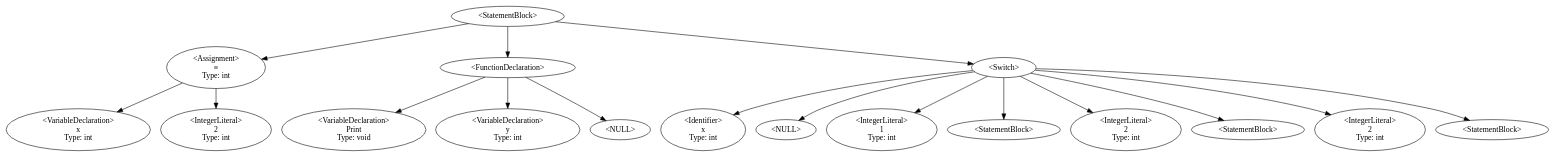
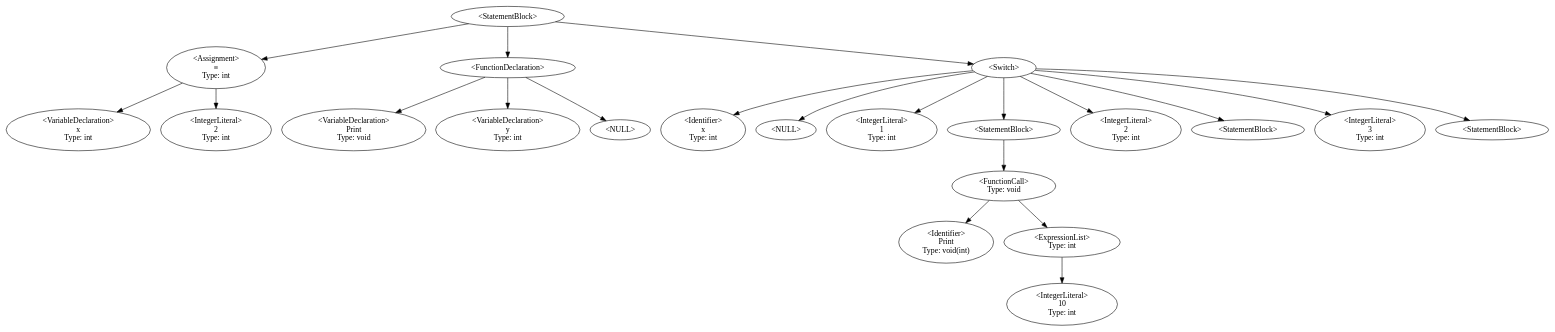
One commit to QazmoQwerty/dino changed the diagram in Dino/Dino/DstDisplay.gv. Above: the diagram before and after it, drawn with Graphviz. The commit also changed 6 other files, not shown here.

```diff
--- a/Dino/Dino/DstDisplay.gv
+++ b/Dino/Dino/DstDisplay.gv
@@ -1,26 +1,32 @@
 digraph G {
 6 [label="<StatementBlock>"];6->11;6->14;6->20;
 11 [label="<Assignment>\n≡
 Type: int"];11->9;11->7;
 9 [label="<VariableDeclaration>\nx
 Type: int"];
 7 [label="<IntegerLiteral>\n2
 Type: int"];
 14 [label="<FunctionDeclaration>"];14->12;14->15;14->-1;-1 [label="<NULL>"];
 12 [label="<VariableDeclaration>\nPrint
 Type: void"];
 15 [label="<VariableDeclaration>\ny
 Type: int"];
-20 [label="<Switch>"];20->21;20->-2;-2 [label="<NULL>"];20->23;20->22;20->26;20->25;20->29;20->28;
+20 [label="<Switch>"];20->21;20->-2;-2 [label="<NULL>"];20->29;20->22;20->32;20->31;20->35;20->34;
 21 [label="<Identifier>\nx
 Type: int"];
-23 [label="<IntegerLiteral>\n1
+29 [label="<IntegerLiteral>\n1
 Type: int"];
-22 [label="<StatementBlock>"];
-26 [label="<IntegerLiteral>\n2
+22 [label="<StatementBlock>"];22->23;
+23 [label="<FunctionCall>\nType: void"];23->24;23->25;
+24 [label="<Identifier>\nPrint
+Type: void(int)"];
+25 [label="<ExpressionList>\nType: int"];25->27;
+27 [label="<IntegerLiteral>\n10
 Type: int"];
-25 [label="<StatementBlock>"];
-29 [label="<IntegerLiteral>\n2
+32 [label="<IntegerLiteral>\n2
 Type: int"];
-28 [label="<StatementBlock>"];
+31 [label="<StatementBlock>"];
+35 [label="<IntegerLiteral>\n3
+Type: int"];
+34 [label="<StatementBlock>"];
 }
```
